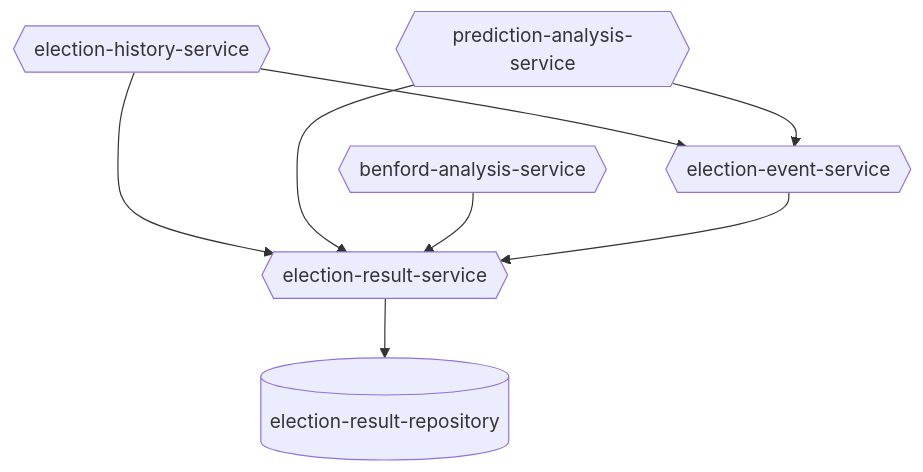
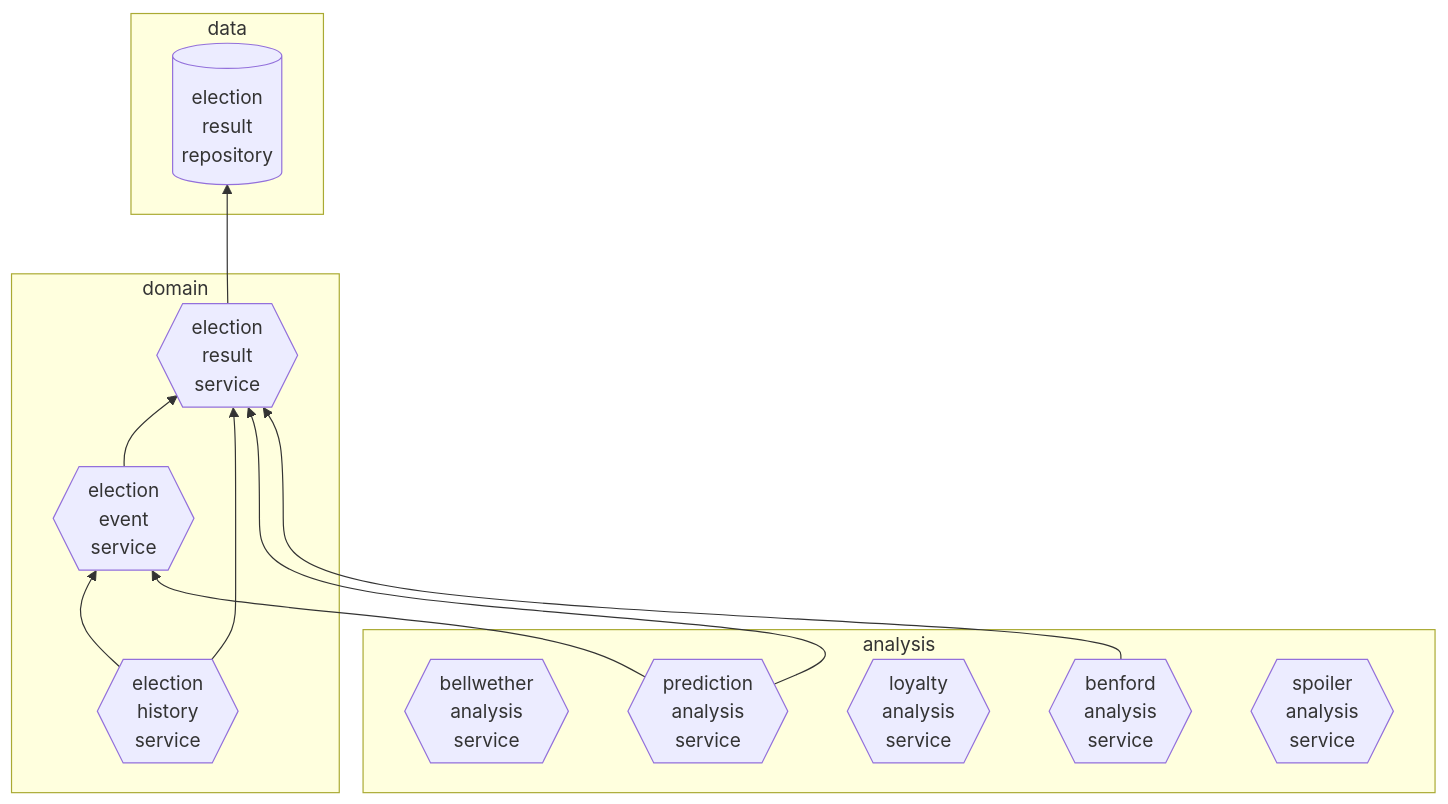
Before and after one commit to DrewStern/election-analysis: the diagram in docs/arch/input/flow_chart.mmd, drawn with Mermaid.

Commit message:
update flow_chart; seems like there might be a bug when trying to add line between subgraphs?

````diff
--- a/docs/arch/input/flow_chart.mmd
+++ b/docs/arch/input/flow_chart.mmd
@@ -1,10 +1,31 @@
 ```mermaid
-graph TD
-    EHS{{election-history-service}} --> EES{{election-event-service}}
-    EHS --> ERS{{election-result-service}}
-    PAS{{prediction-analysis-service}} --> ERS
+graph BT
+
+    subgraph data
+    ERR[(election<br>result<br>repository)]
+    end
+
+    subgraph domain
+    ERS{{election<br>result<br>service}}
+    EES{{election<br>event<br>service}}
+    EHS{{election<br>history<br>service}}
+    end
+
+    subgraph analysis
+    BWAS{{bellwether<br>analysis<br>service}}
+    BAS{{benford<br>analysis<br>service}}
+    LAS{{loyalty<br>analysis<br>service}}
+    PAS{{prediction<br>analysis<br>service}}
+    SAS{{spoiler<br>analysis<br>service}}
+    end
+
+    ERS --> ERR
+    EES --> ERS
+    EHS --> EES
+    EHS --> ERS
+
+
+    PAS --> ERS
     PAS --> EES
-    BAS{{benford-analysis-service}} --> ERS
-    EES --> ERS
-    ERS --> ERR[(election-result-repository)]
+    BAS --> ERS
 ```
````
